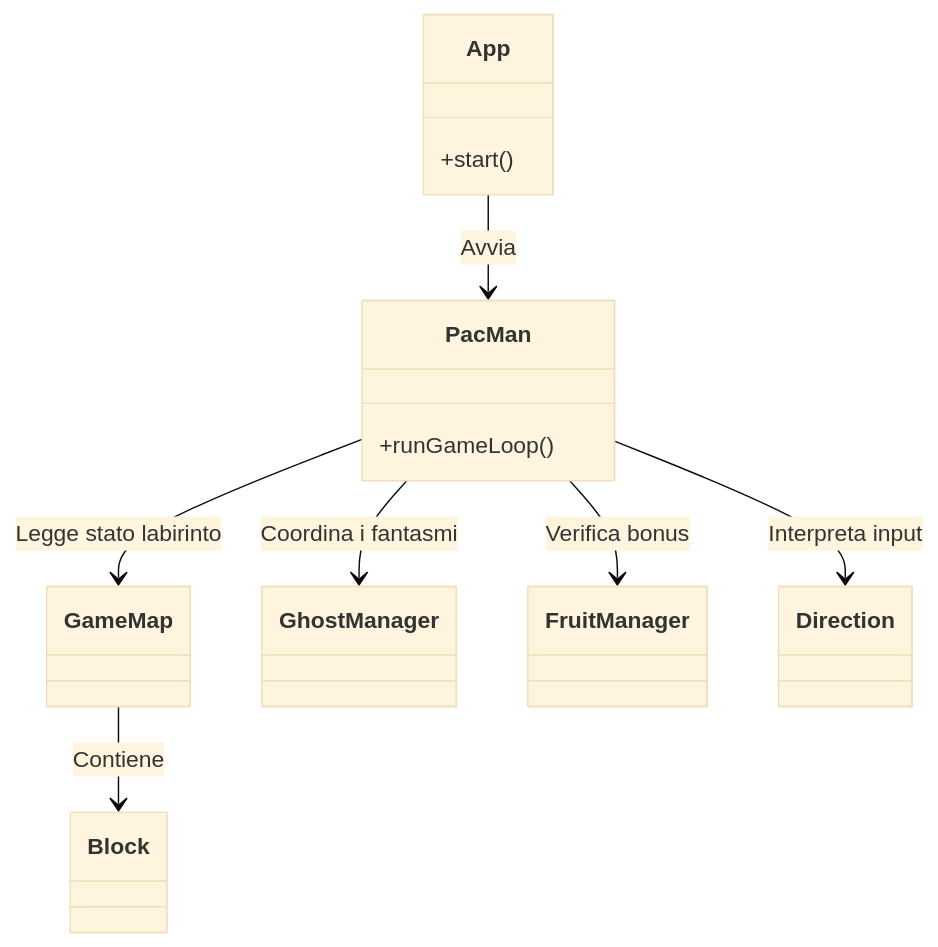
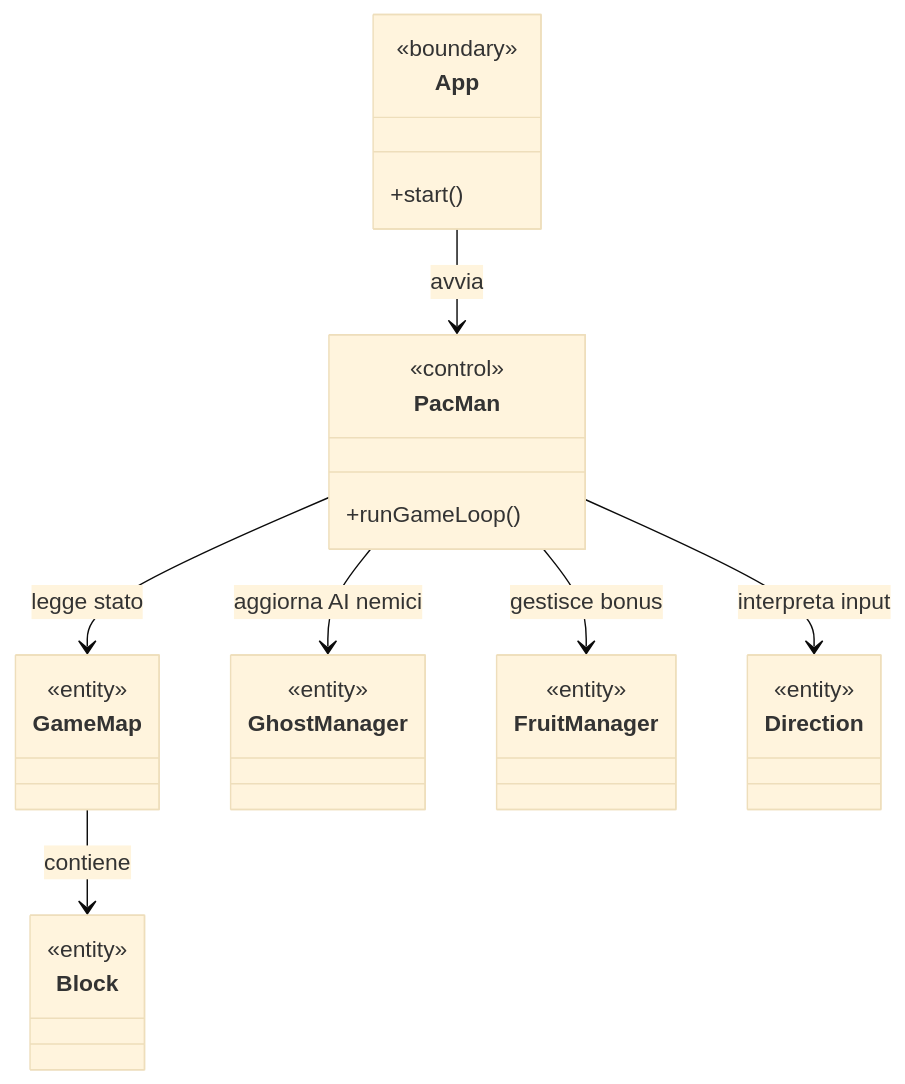
The second of 2 diagrams in Readme.md (ZenoUni/Appoggio-PSS), drawn with Mermaid (base theme) before and after one commit. The commit also changed other lines of this file, not shown here.

````diff
--- a/Readme.md
+++ b/Readme.md
@@ -304,24 +304,37 @@
 ```mermaid
 classDiagram
-    class App {
-        +start()
-    }
 
-    class PacMan {
-        +runGameLoop()
-    }
+class App {
+    +start()
+}
+<<boundary>> App
 
-    class GameMap
-    class GhostManager
-    class FruitManager
-    class Direction
+class PacMan {
+    +runGameLoop()
+}
+<<control>> PacMan
 
-    App --> PacMan : Avvia
-    PacMan --> GameMap : Legge stato labirinto
-    PacMan --> GhostManager : Coordina i fantasmi
-    PacMan --> FruitManager : Verifica bonus
-    PacMan --> Direction : Interpreta input
-    GameMap --> Block : Contiene
-    class Block
+class GameMap
+<<entity>> GameMap
+
+class Block
+<<entity>> Block
+
+class GhostManager
+<<entity>> GhostManager
+
+class FruitManager
+<<entity>> FruitManager
+
+class Direction
+<<entity>> Direction
+
+App --> PacMan : avvia
+PacMan --> GameMap : legge stato
+GameMap --> Block : contiene
+PacMan --> GhostManager : aggiorna AI nemici
+PacMan --> FruitManager : gestisce bonus
+PacMan --> Direction : interpreta input
+
 
 ```
````
